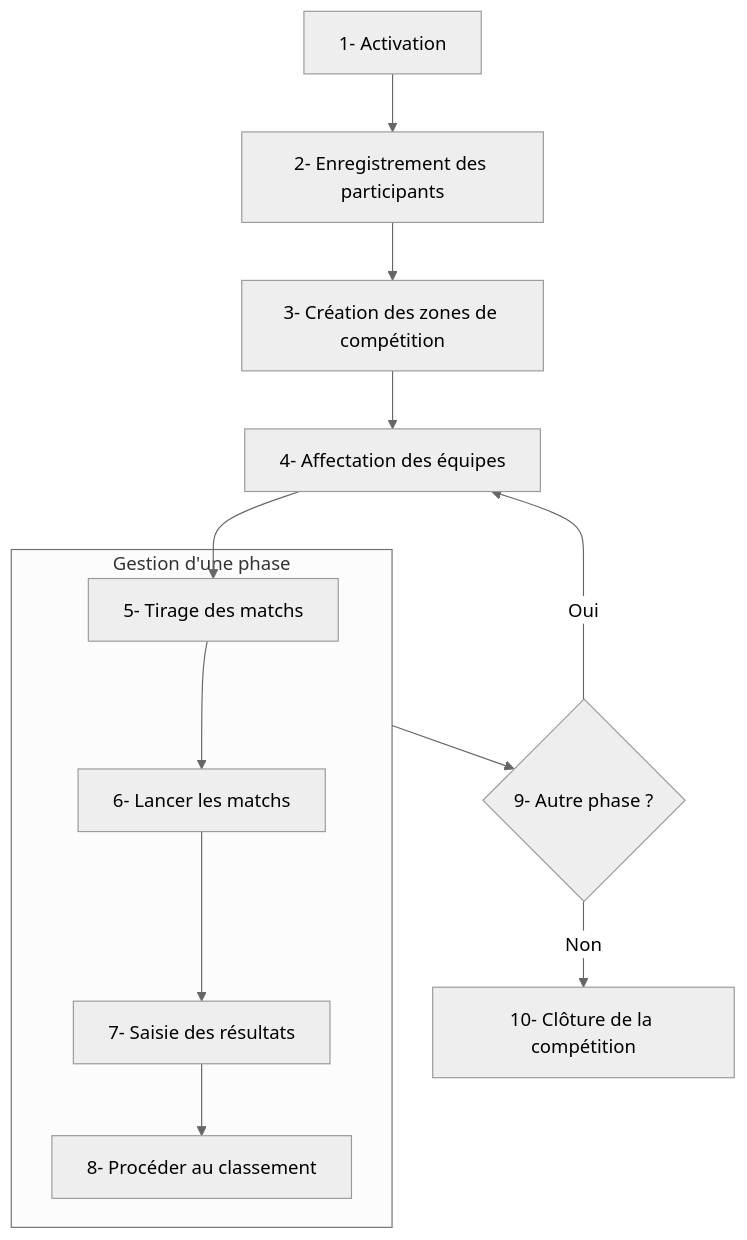
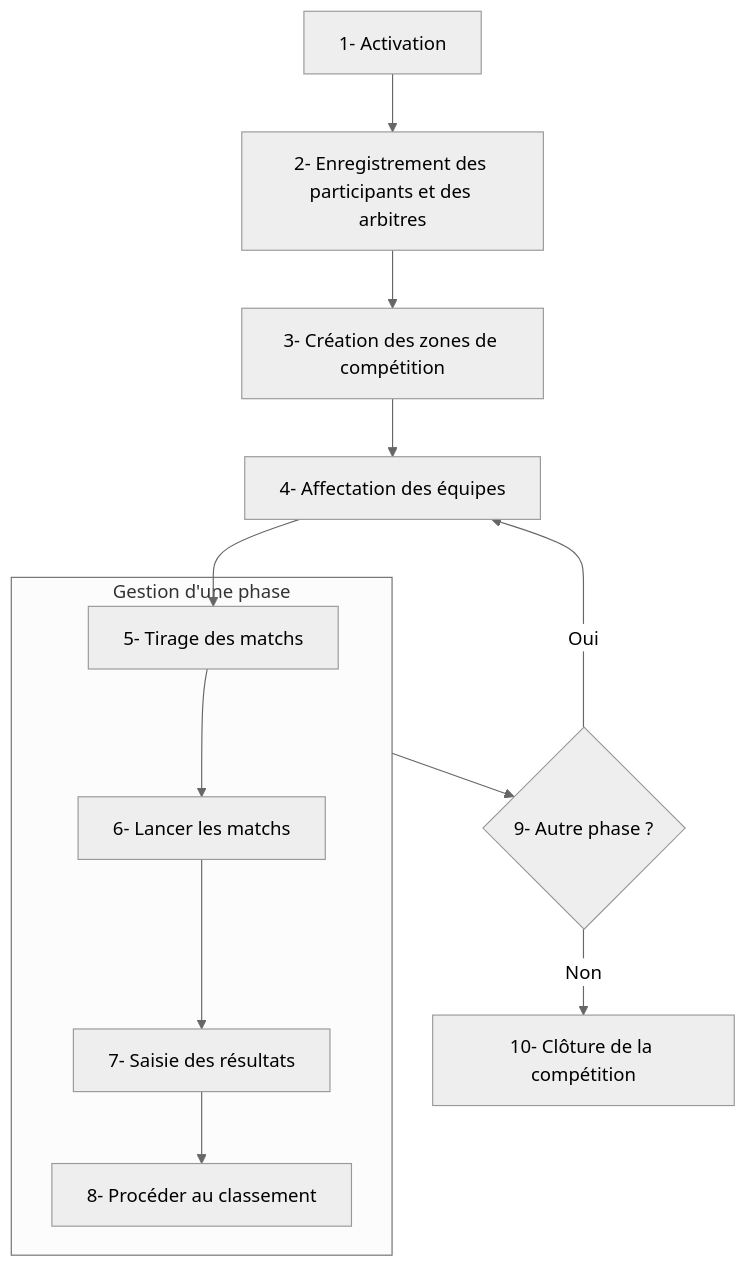
One commit to Ineaweb/SmartContest changed the diagram in docs/work-with-competition/index.md. Above: the diagram before and after it, drawn with Mermaid (neutral theme). The commit also changed other lines of this file and 9 other files, not shown here.

````diff
--- a/docs/work-with-competition/index.md
+++ b/docs/work-with-competition/index.md
@@ -7,16 +7,16 @@
 ```mermaid
 flowchart TB
     A[1- Activation] --> B
-    B[2- Enregistrement des participants] --> C
+    B[2- Enregistrement des participants et des arbitres] --> C
     C[3- Création des zones de compétition] --> D
     D[4- Affectation des équipes] --> E
     subgraph sb1 [Gestion d'une phase]
         E[5- Tirage des matchs] --> F
         F[6- Lancer les matchs] --> G
         G[7- Saisie des résultats] --> I
         I[8- Procéder au classement]
     end
     sb1 --> J{9- Autre phase ?}
     J -- Oui --> D
     J -- Non --> K[10- Clôture de la compétition]
 ```
````
